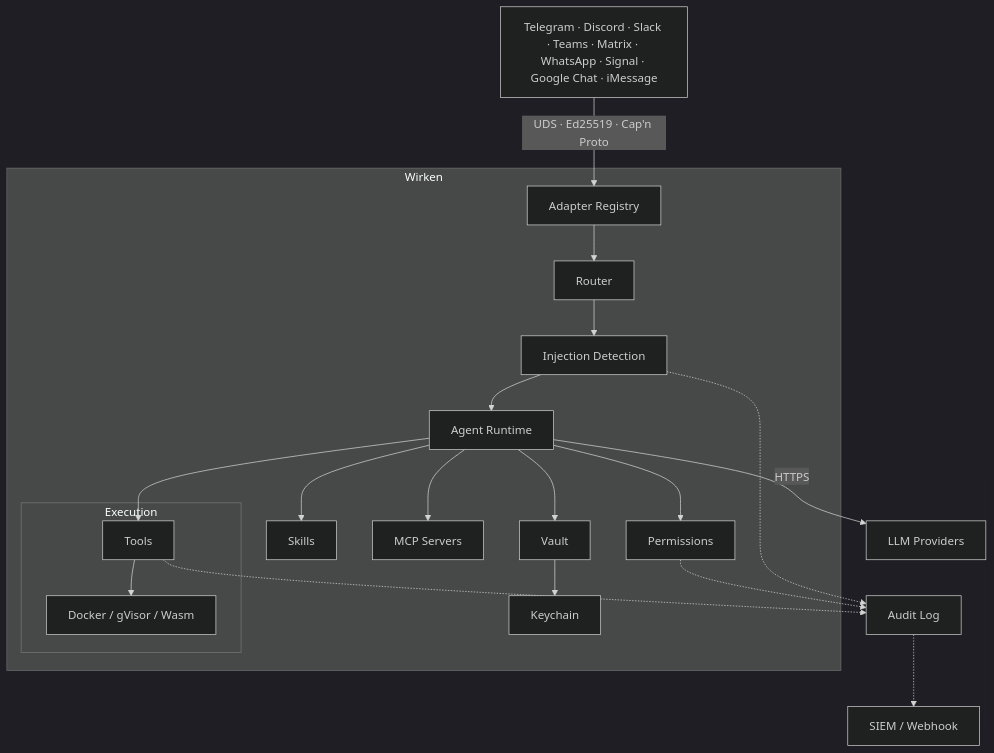
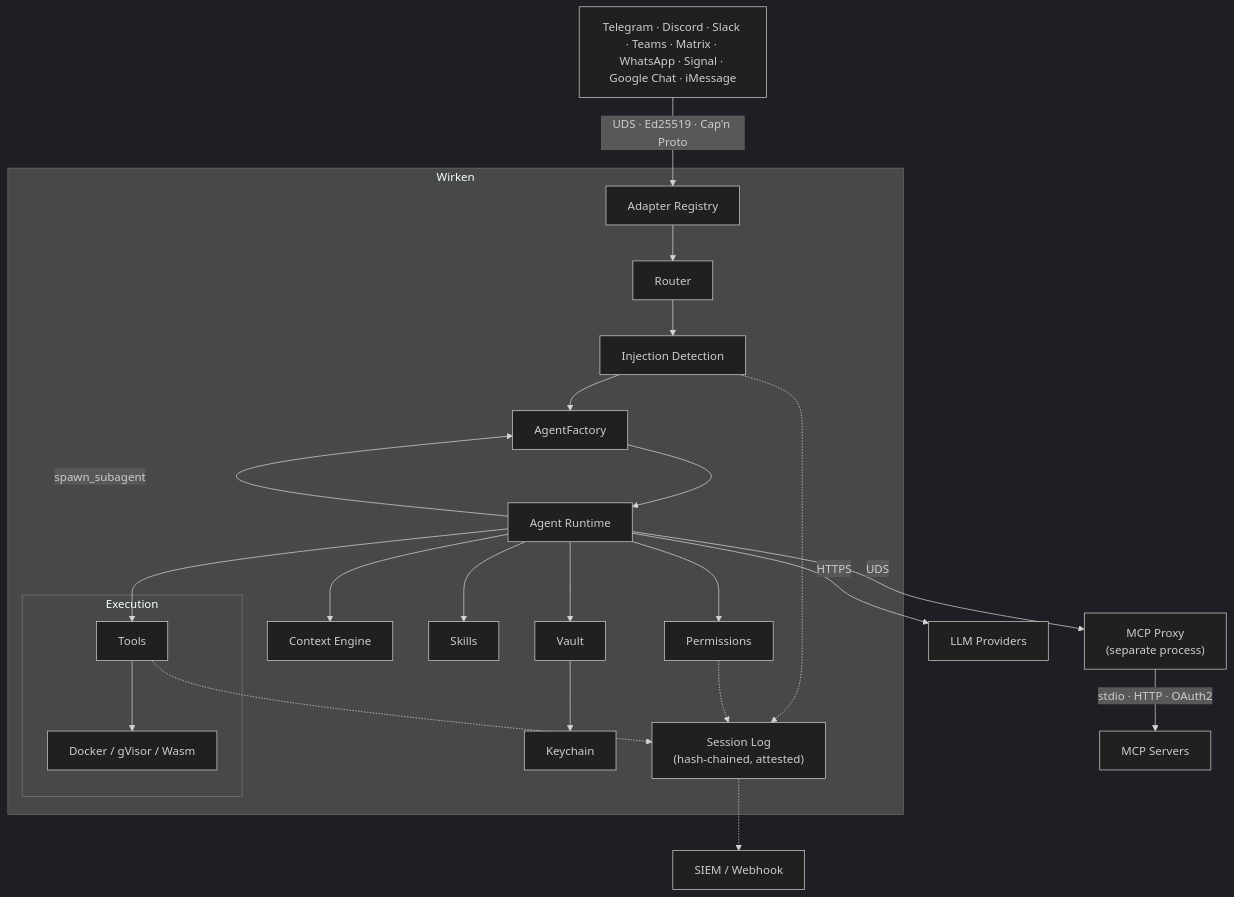
One commit to gebruder/wirken changed the diagram in README.md. Above: the diagram before and after it, drawn with Mermaid (dark theme). The commit also changed other lines of this file and 6 other files, not shown here.

````diff
--- a/README.md
+++ b/README.md
@@ -76,27 +76,34 @@
 ```mermaid
 graph TD
     Channels["Telegram · Discord · Slack · Teams · Matrix · WhatsApp · Signal · Google Chat · iMessage"]
     Channels -- "UDS · Ed25519 · Cap'n Proto" --> Registry
 
     subgraph Gateway["Wirken"]
         Registry[Adapter Registry] --> Router
         Router --> Detect[Injection Detection]
-        Detect --> Agent[Agent Runtime]
+        Detect --> Factory[AgentFactory]
+        Factory --> Agent[Agent Runtime]
+        Agent --> Context[Context Engine]
         Agent --> Permissions
         Agent --> Skills
-        Agent --> MCP[MCP Servers]
         Agent --> Tools
         Agent --> Vault --> Keychain
 
         subgraph Execution
             Tools --> Sandbox[Docker / gVisor / Wasm]
         end
+
+        SessionLog["Session Log\n(hash-chained, attested)"]
     end
 
+    Agent -- "UDS" --> McpProxy["MCP Proxy\n(separate process)"]
+    McpProxy -- "stdio · HTTP · OAuth2" --> McpServers[MCP Servers]
+
     Agent -- HTTPS --> LLM[LLM Providers]
+    Agent -- "spawn_subagent" --> Factory
 
-    Detect -.-> Audit
-    Permissions -.-> Audit
-    Tools -.-> Audit
-    Audit[Audit Log] -.-> SIEM[SIEM / Webhook]
+    Detect -.-> SessionLog
+    Permissions -.-> SessionLog
+    Tools -.-> SessionLog
+    SessionLog -.-> SIEM[SIEM / Webhook]
 ```
````
